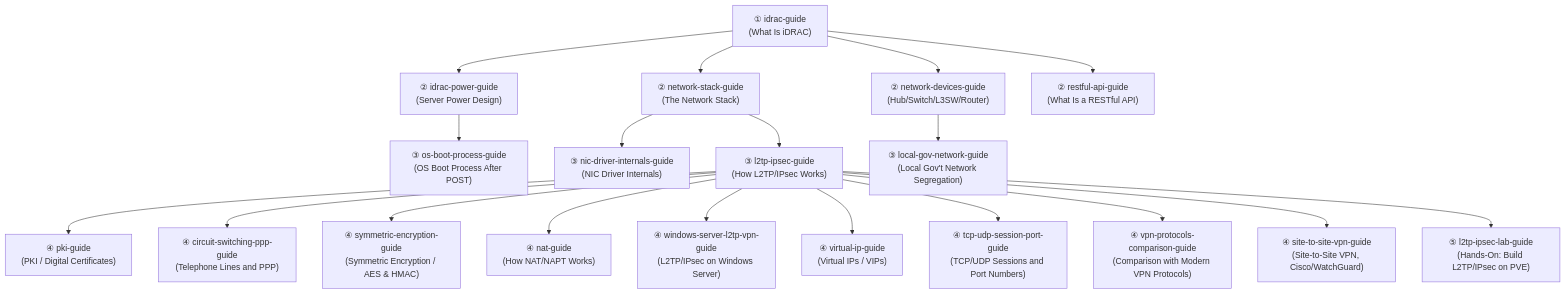
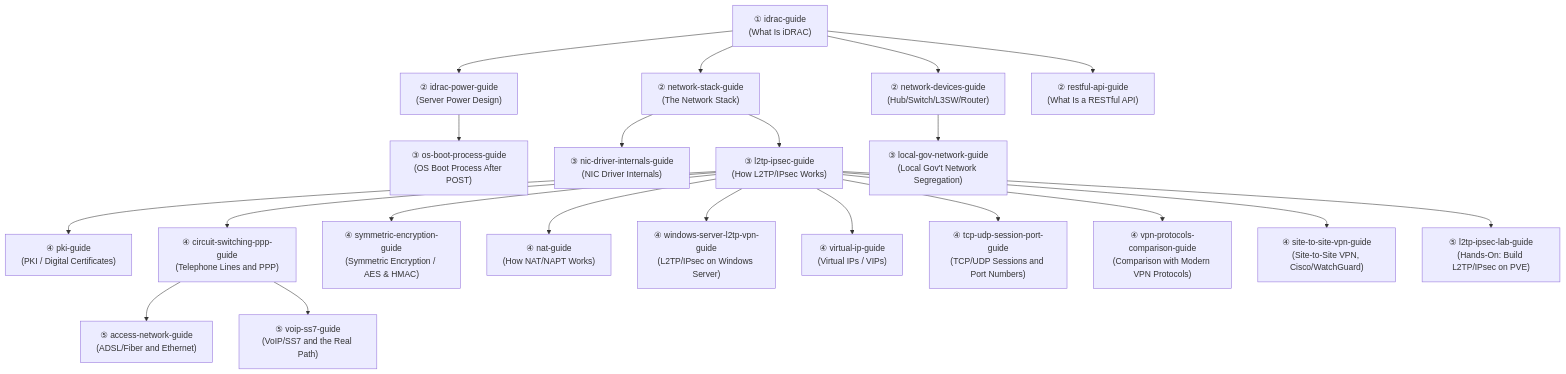
One commit to koikoi1998/koikoi-blog-20260723 changed the diagram in src/pages/en/sitemap.md. Above: the diagram before and after it, drawn with Mermaid. The commit also changed other lines of this file and 11 other files, not shown here.

Commit message:
circuit-switching-ppp-guideレビュー結果を反映し、交換機のルーティング決定方法と電話回線をIPネットワーク化した経緯を追記、ADSL/光回線とVoIP/SS7の2記事を新設

````diff
--- a/src/pages/en/sitemap.md
+++ b/src/pages/en/sitemap.md
@@ -20,41 +20,45 @@
 ```mermaid
 graph TB
     Idrac["① idrac-guide<br/>(What Is iDRAC)"]
     Power["② idrac-power-guide<br/>(Server Power Design)"]
     Net["② network-stack-guide<br/>(The Network Stack)"]
     Devices["② network-devices-guide<br/>(Hub/Switch/L3SW/Router)"]
     Api["② restful-api-guide<br/>(What Is a RESTful API)"]
     Boot["③ os-boot-process-guide<br/>(OS Boot Process After POST)"]
     Nic["③ nic-driver-internals-guide<br/>(NIC Driver Internals)"]
     L2tp["③ l2tp-ipsec-guide<br/>(How L2TP/IPsec Works)"]
     GovNet["③ local-gov-network-guide<br/>(Local Gov't Network Segregation)"]
     Pki["④ pki-guide<br/>(PKI / Digital Certificates)"]
     Circuit["④ circuit-switching-ppp-guide<br/>(Telephone Lines and PPP)"]
     Sym["④ symmetric-encryption-guide<br/>(Symmetric Encryption / AES & HMAC)"]
     Nat["④ nat-guide<br/>(How NAT/NAPT Works)"]
     Winvpn["④ windows-server-l2tp-vpn-guide<br/>(L2TP/IPsec on Windows Server)"]
     Vip["④ virtual-ip-guide<br/>(Virtual IPs / VIPs)"]
     TcpUdp["④ tcp-udp-session-port-guide<br/>(TCP/UDP Sessions and Port Numbers)"]
     VpnCompare["④ vpn-protocols-comparison-guide<br/>(Comparison with Modern VPN Protocols)"]
     S2s["④ site-to-site-vpn-guide<br/>(Site-to-Site VPN, Cisco/WatchGuard)"]
     L2tpLab["⑤ l2tp-ipsec-lab-guide<br/>(Hands-On: Build L2TP/IPsec on PVE)"]
+    Access["⑤ access-network-guide<br/>(ADSL/Fiber and Ethernet)"]
+    Voip["⑤ voip-ss7-guide<br/>(VoIP/SS7 and the Real Path)"]
 
     Idrac --> Power
     Idrac --> Net
     Idrac --> Devices
     Idrac --> Api
     Power --> Boot
     Net --> Nic
     Net --> L2tp
     Devices --> GovNet
     L2tp --> Pki
     L2tp --> Circuit
     L2tp --> Sym
     L2tp --> Nat
     L2tp --> Winvpn
     L2tp --> Vip
     L2tp --> TcpUdp
     L2tp --> VpnCompare
     L2tp --> S2s
     L2tp --> L2tpLab
+    Circuit --> Access
+    Circuit --> Voip
 ```
````
